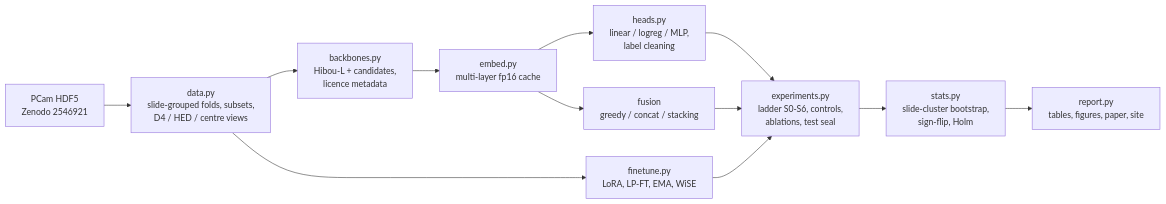
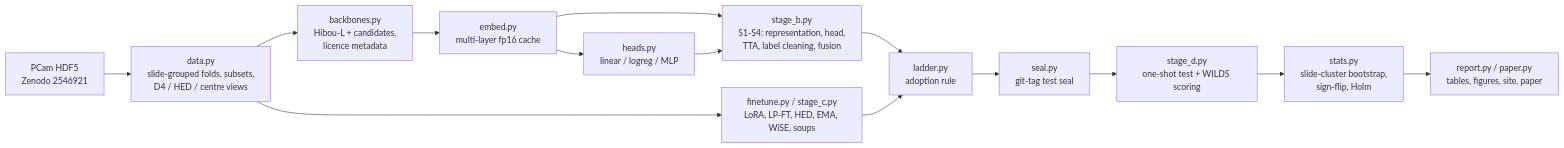
One commit to BurnyCoder/better-cancer-classification-with-machine-learning changed the diagram in README.md. Above: the diagram before and after it, drawn with Mermaid. The commit also changed other lines of this file and 15 other files, not shown here.

````diff
--- a/README.md
+++ b/README.md
@@ -69,14 +89,16 @@
 ```mermaid
 flowchart LR
   A[PCam HDF5<br/>Zenodo 2546921] --> B[data.py<br/>slide-grouped folds, subsets,<br/>D4 / HED / centre views]
   B --> C[backbones.py<br/>Hibou-L + candidates,<br/>licence metadata]
   C --> D[embed.py<br/>multi-layer fp16 cache]
-  D --> E[heads.py<br/>linear / logreg / MLP,<br/>label cleaning]
-  D --> F[fusion<br/>greedy / concat / stacking]
-  B --> G[finetune.py<br/>LoRA, LP-FT, EMA, WiSE]
-  E --> H[experiments.py<br/>ladder S0-S6, controls,<br/>ablations, test seal]
-  F --> H
+  D --> E[heads.py<br/>linear / logreg / MLP]
+  D --> F[stage_b.py<br/>S1-S4: representation, head,<br/>TTA, label cleaning, fusion]
+  B --> G[finetune.py / stage_c.py<br/>LoRA, LP-FT, HED, EMA, WiSE, soups]
+  E --> F
+  F --> H[ladder.py<br/>adoption rule]
   G --> H
-  H --> I[stats.py<br/>slide-cluster bootstrap,<br/>sign-flip, Holm]
-  I --> J[report.py<br/>tables, figures, paper, site]
+  H --> I[seal.py<br/>git-tag test seal]
+  I --> J[stage_d.py<br/>one-shot test + WILDS scoring]
+  J --> K[stats.py<br/>slide-cluster bootstrap,<br/>sign-flip, Holm]
+  K --> L[report.py / paper.py<br/>tables, figures, site, paper]
 ```
````
